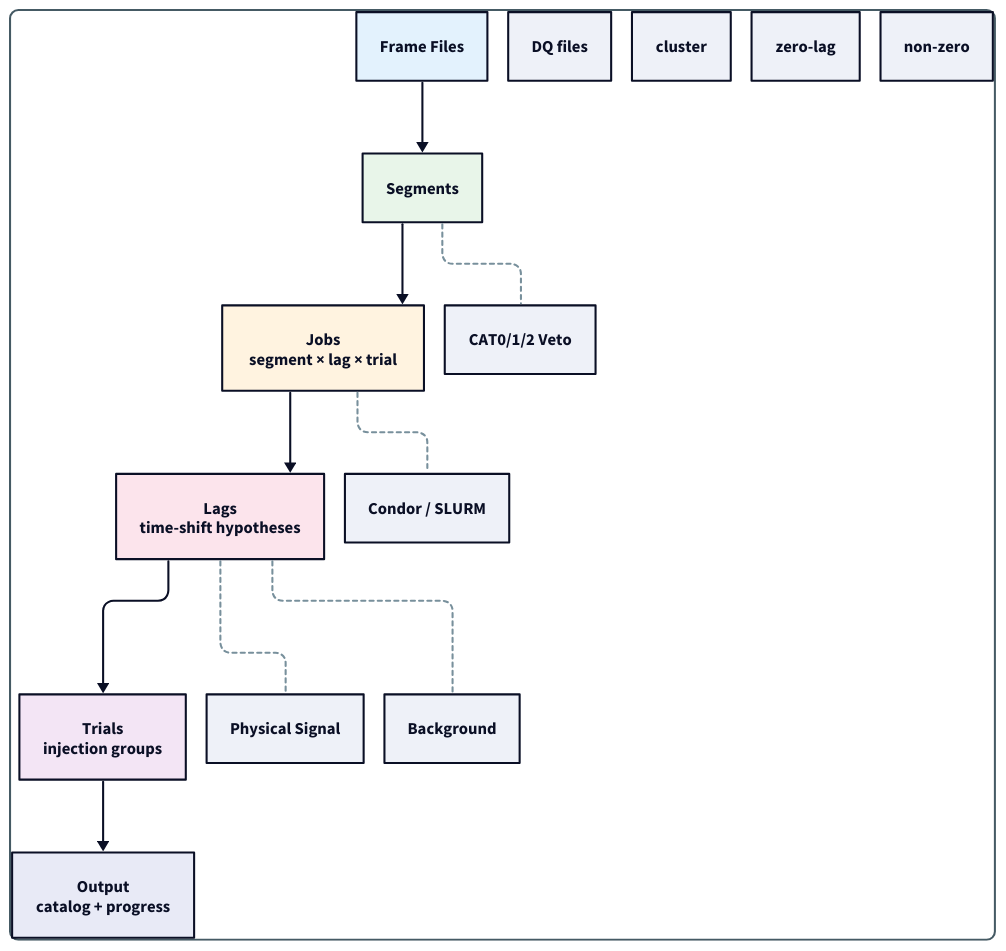
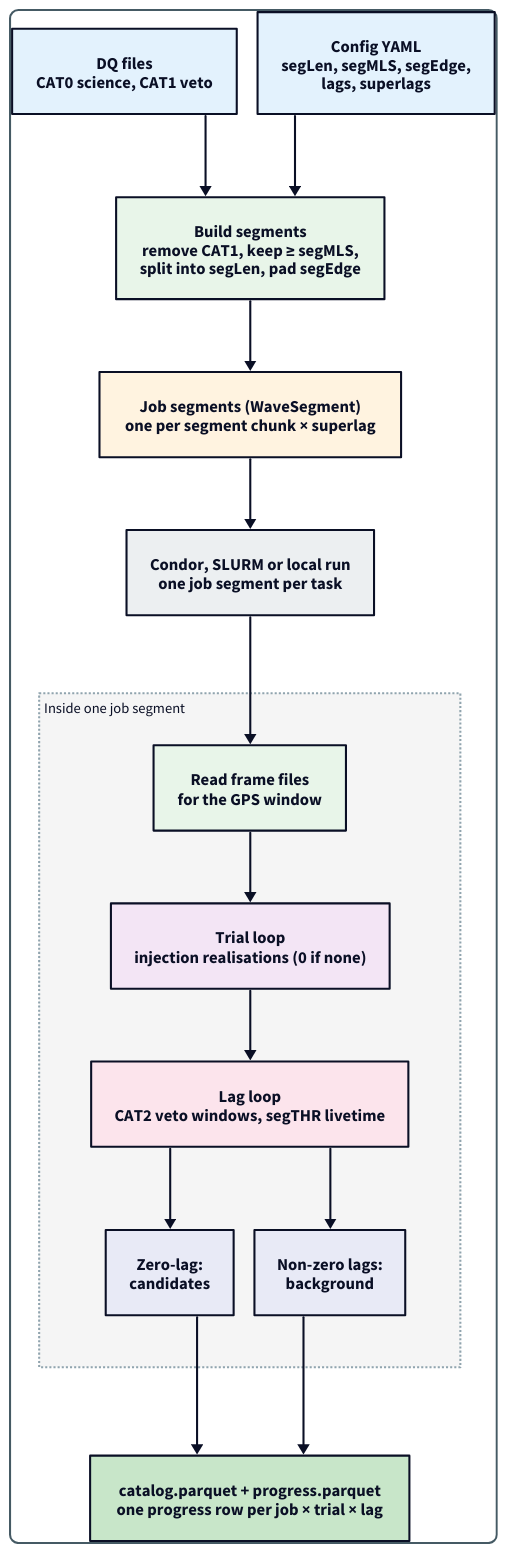
One commit to PycWB/pycwb changed the diagram in docs/source/_static/diagrams/job_decomposition.d2. Above: the diagram before and after it, drawn with D2. The commit also changed 22 other files, not shown here.

Commit message:
docs: refresh workflow diagrams and their renderer

```diff
--- a/docs/source/_static/diagrams/job_decomposition.d2
+++ b/docs/source/_static/diagrams/job_decomposition.d2
@@ -1,56 +1,58 @@
+# How a run is split into jobs (job_control.rst).
+# Job segments come from job_segment.create_job_segment_from_config (one per
+# segment chunk and superlag); inside a job, trials are the outer loop and lags
+# the inner loop (process_job_segment_native.py).
 direction: down
 
 vars: {
   d2-config: {
     layout-engine: elk
     theme-id: 1
+    pad: 24
   }
 }
 
 style: {
   fill: "#ffffff"
   stroke: "#455a64"
   stroke-width: 2
   border-radius: 8
   font-color: "#263238"
   font-size: 13
   shadow: true
 }
 
-"Frame Files" -> Segments -> "Jobs\nsegment × lag × trial" -> "Lags\ntime-shift hypotheses" -> "Trials\ninjection groups" -> "Output\ncatalog + progress"
+dq: "DQ files\nCAT0 science, CAT1 veto" {style.fill: "#e3f2fd"}
+config: "Config YAML\nsegLen, segMLS, segEdge,\nlags, superlags" {style.fill: "#e3f2fd"}
 
-"Frame Files".style.fill: "#e3f2fd"
-Segments.style.fill: "#e8f5e9"
-"Jobs\nsegment × lag × trial".style.fill: "#fff3e0"
-"Lags\ntime-shift hypotheses".style.fill: "#fce4ec"
-"Trials\ninjection groups".style.fill: "#f3e5f5"
-"Output\ncatalog + progress".style.fill: "#e8eaf6"
+build: "Build segments\nremove CAT1, keep ≥ segMLS,\nsplit into segLen, pad segEdge" {style.fill: "#e8f5e9"}
+jobs: "Job segments (WaveSegment)\none per segment chunk × superlag" {style.fill: "#fff3e0"}
+scheduler: "Condor, SLURM or local run\none job segment per task" {style.fill: "#eceff1"}
 
-# Side connections
-Segments -- "CAT0/1/2 Veto": {
-  style.stroke-dash: 2
-  style.stroke: "#78909c"
-  style.font-size: 10
+dq -> build
+config -> build
+build -> jobs -> scheduler
+
+job: "Inside one job segment" {
+  label.near: top-left
+  style.font-size: 14
+  style.fill: "#f5f5f5"
+  style.stroke: "#90a4ae"
+  style.stroke-dash: 1
+
+  frames: "Read frame files\nfor the GPS window" {style.fill: "#e8f5e9"}
+  trials: "Trial loop\ninjection realisations (0 if none)" {style.fill: "#f3e5f5"}
+  lags: "Lag loop\nCAT2 veto windows, segTHR livetime" {style.fill: "#fce4ec"}
+  frames -> trials -> lags
+
+  zero: "Zero-lag:\ncandidates" {style.fill: "#e8eaf6"}
+  background: "Non-zero lags:\nbackground" {style.fill: "#e8eaf6"}
+  lags -> zero
+  lags -> background
 }
-"DQ files"
 
-"Jobs\nsegment × lag × trial" -- "Condor / SLURM": {
-  style.stroke-dash: 2
-  style.stroke: "#78909c"
-  style.font-size: 10
-}
-"cluster"
+output: "catalog.parquet + progress.parquet\none progress row per job × trial × lag" {style.fill: "#c8e6c9"}
 
-"Lags\ntime-shift hypotheses" -- "Physical Signal": {
-  style.stroke-dash: 2
-  style.stroke: "#78909c"
-  style.font-size: 10
-}
-"zero-lag"
-
-"Lags\ntime-shift hypotheses" -- Background: {
-  style.stroke-dash: 2
-  style.stroke: "#78909c"
-  style.font-size: 10
-}
-"non-zero"
+scheduler -> job.frames
+job.zero -> output
+job.background -> output
```
